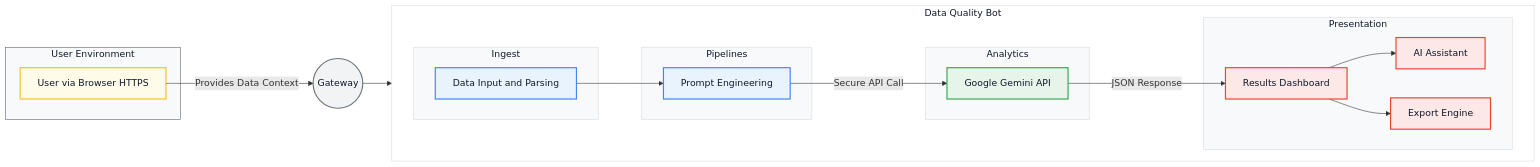
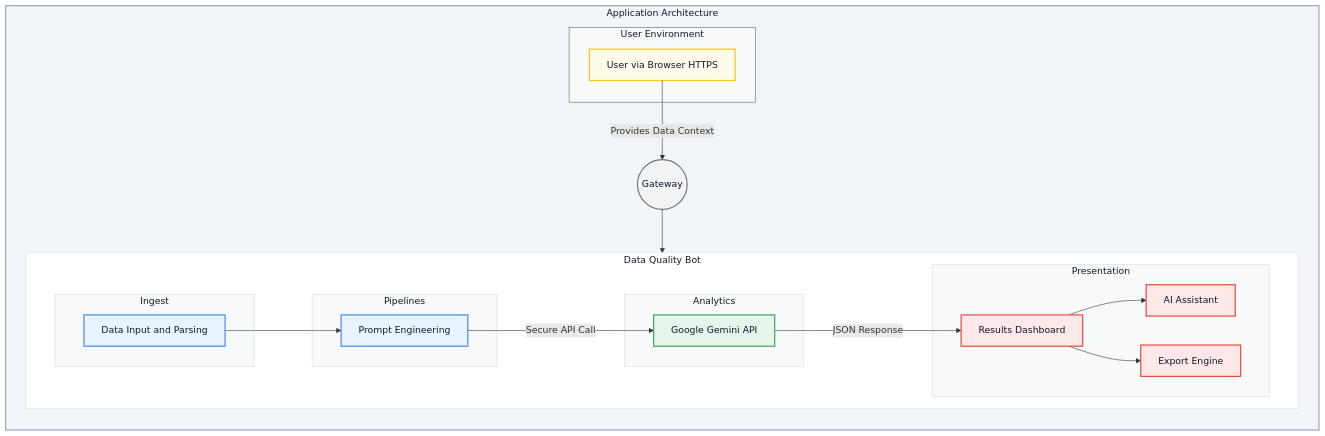
The first of 2 diagrams in README.md (chtsalvishal/DQ_Gen_AI_Bot), drawn with Mermaid before and after one commit. The commit also changed other lines of this file, not shown here.

Commit message:
docs: Update README with architecture diagram

````diff
--- a/README.md
+++ b/README.md
@@ -20,48 +20,53 @@
 ```mermaid
 graph LR
-    subgraph userenv [User Environment]
-        A[User via Browser HTTPS]:::userNode
+    subgraph arch [Application Architecture]
+        subgraph userenv [User Environment]
+            A[User via Browser HTTPS]:::userNode
+        end
+
+        B((Gateway)):::gatewayNode
+        
+        A -- Provides Data Context --> B
+
+        subgraph botlogic [Data Quality Bot]
+            direction LR
+            subgraph ingest [Ingest]
+                C[Data Input and Parsing]:::processNode
+            end
+            subgraph pipelines [Pipelines]
+                D[Prompt Engineering]:::processNode
+            end
+            subgraph analytics [Analytics]
+                E[Google Gemini API]:::apiNode
+            end
+            subgraph presentation [Presentation]
+                F[Results Dashboard]:::outputNode
+                G[AI Assistant]:::outputNode
+                H[Export Engine]:::outputNode
+            end
+        end
+
+        B --> C
+        C --> D
+        D -- Secure API Call --> E
+        E -- JSON Response --> F
+        F --> G
+        F --> H
     end
+    
+    class arch container
 
-    B((Gateway)):::gatewayNode
-    
-    A -- Provides Data Context --> B
-
-    subgraph botlogic [Data Quality Bot]
-        direction LR
-        subgraph ingest [Ingest]
-            C[Data Input and Parsing]:::processNode
-        end
-        subgraph pipelines [Pipelines]
-            D[Prompt Engineering]:::processNode
-        end
-        subgraph analytics [Analytics]
-            E[Google Gemini API]:::apiNode
-        end
-        subgraph presentation [Presentation]
-            F[Results Dashboard]:::outputNode
-            G[AI Assistant]:::outputNode
-            H[Export Engine]:::outputNode
-        end
-    end
-
-    B --> C
-    C --> D
-    D -- Secure API Call --> E
-    E -- JSON Response --> F
-    F --> G
-    F --> H
-    
     style userenv fill:#F8F9FA,stroke:#5F6368,color:#0f172a
     style botlogic fill:#FFFFFF,stroke:#DADCE0,color:#0f172a
     style ingest fill:#F8F9FA,stroke:#DADCE0,color:#0f172a
     style pipelines fill:#F8F9FA,stroke:#DADCE0,color:#0f172a
     style analytics fill:#F8F9FA,stroke:#DADCE0,color:#0f172a
     style presentation fill:#F8F9FA,stroke:#DADCE0,color:#0f172a
 
+    classDef container fill:#f1f5f9,stroke:#94a3b8,stroke-width:2px,color:#0f172a
     classDef userNode fill:#FEFCE8,stroke:#FBBF24,stroke-width:2px,color:#0f172a
     classDef gatewayNode fill:#F1F3F4,stroke:#70757A,stroke-width:2px,color:#0f172a
     classDef processNode fill:#E9F3FD,stroke:#4285F4,stroke-width:2px,color:#0f172a
     classDef apiNode fill:#E6F4EA,stroke:#34A853,stroke-width:2px,color:#0f172a
     classDef outputNode fill:#FCE8E6,stroke:#EA4335,stroke-width:2px,color:#0f172a
 ```
````
